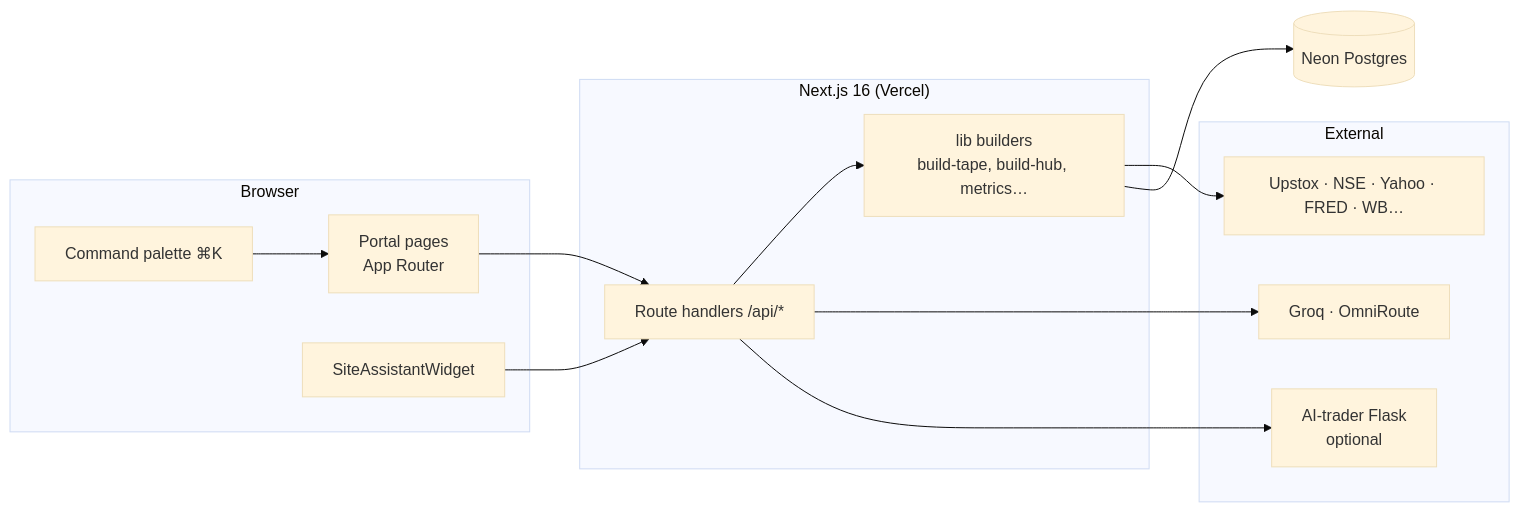
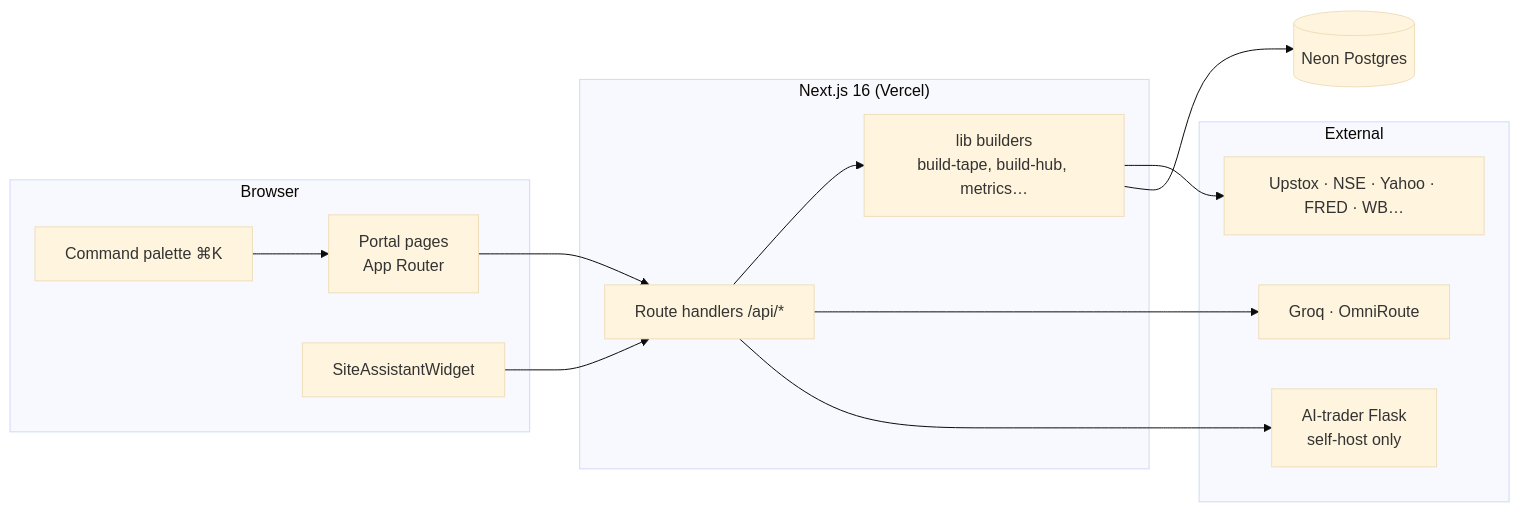
Before and after one commit to debmukdm-jioinstitute/MARKET-INTELLIGENCE: the first of 8 diagrams in README.md, drawn with Mermaid (base theme). The commit also changed other lines of this file, not shown here.

````diff
--- a/README.md
+++ b/README.md
@@ -64,26 +64,26 @@
 ```mermaid
 flowchart LR
   subgraph Browser
     P[Portal pages<br/>App Router]
     W[SiteAssistantWidget]
     K[Command palette ⌘K]
   end
   subgraph Vercel["Next.js 16 (Vercel)"]
     R[Route handlers /api/*]
     L[lib builders<br/>build-tape, build-hub, metrics…]
   end
   subgraph External
     U[Upstox · NSE · Yahoo · FRED · WB…]
     G[Groq · OmniRoute]
-    F[AI-trader Flask<br/>optional]
+    F[AI-trader Flask<br/>self-host only]
   end
   PG[(Neon Postgres)]
   P --> R
   W --> R
   K --> P
   R --> L
   L --> U
   L --> PG
   R --> G
   R --> F
 ```
````
